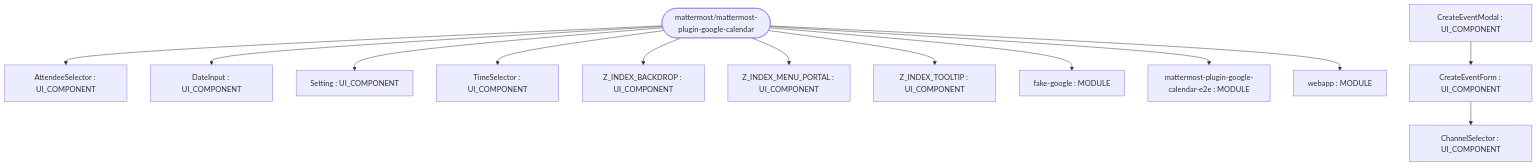
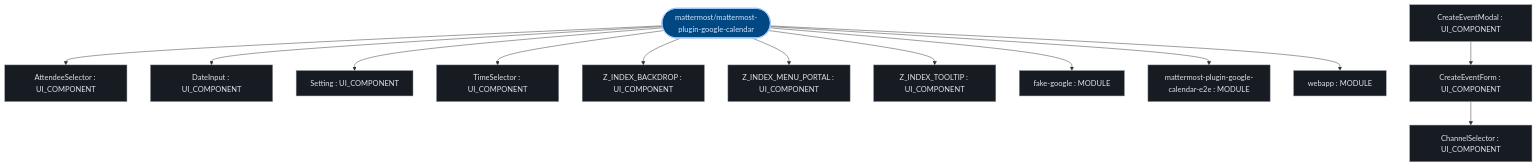
The first of 3 diagrams in exports/latest/reports/mattermost-mattermost-plugin-google-calendar-report.md (kumarshaz/atruss-code-atlas), drawn with Mermaid before and after one commit. The commit also changed other lines of this file and 331 other files, not shown here.

Commit message:
docs,ui,fix: update SDLC docs, reorder CI/CD DAG first, stylize Mermaid, and fix Arc42 pipeline topology

````diff
--- a/exports/latest/reports/mattermost-mattermost-plugin-google-calendar-report.md
+++ b/exports/latest/reports/mattermost-mattermost-plugin-google-calendar-report.md
@@ -42,29 +42,36 @@
 ```mermaid
 graph TD;
-    fake_google["fake-google : MODULE"]
-    mattermost_plugin_google_calendar_e2e["mattermost-plugin-google-calendar-e2e : MODULE"]
-    webapp["webapp : MODULE"]
-    AttendeeSelector["AttendeeSelector : UI_COMPONENT"]
-    ChannelSelector["ChannelSelector : UI_COMPONENT"]
-    DateInput["DateInput : UI_COMPONENT"]
-    Setting["Setting : UI_COMPONENT"]
-    TimeSelector["TimeSelector : UI_COMPONENT"]
-    CreateEventForm["CreateEventForm : UI_COMPONENT"]
-    CreateEventModal["CreateEventModal : UI_COMPONENT"]
-    Z_INDEX_BACKDROP["Z_INDEX_BACKDROP : UI_COMPONENT"]
-    Z_INDEX_TOOLTIP["Z_INDEX_TOOLTIP : UI_COMPONENT"]
-    Z_INDEX_MENU_PORTAL["Z_INDEX_MENU_PORTAL : UI_COMPONENT"]
-    repo_root(["mattermost/mattermost-plugin-google-calendar"])
+  classDef atlasRoot fill:#004882,stroke:#a3c9ff,stroke-width:2px,color:#d3e4ff
+  classDef atlasCategory fill:#212428,stroke:#E87A48,stroke-width:1.5px,color:#dfe3eb
+  classDef atlasWorkflow fill:#1b2026,stroke:#a3c9ff,stroke-width:1.5px,color:#dfe3eb
+  classDef atlasJob fill:#171c22,stroke:#8d9199,stroke-width:1px,color:#dfe3eb
+  classDef atlasTarget fill:#005227,stroke:#8bd99b,stroke-width:1.5px,color:#a7f6b6
+  classDef atlasAlert fill:#93000a,stroke:#ffb4ab,stroke-width:1.5px,color:#ffdad6
+  classDef atlasMore fill:#252a31,stroke:#8d9199,stroke-dasharray:4 4,color:#c3c6cf
+    fake_google["fake-google : MODULE"]:::atlasJob
+    mattermost_plugin_google_calendar_e2e["mattermost-plugin-google-calendar-e2e : MODULE"]:::atlasJob
+    webapp["webapp : MODULE"]:::atlasJob
+    AttendeeSelector["AttendeeSelector : UI_COMPONENT"]:::atlasJob
+    ChannelSelector["ChannelSelector : UI_COMPONENT"]:::atlasJob
+    DateInput["DateInput : UI_COMPONENT"]:::atlasJob
+    Setting["Setting : UI_COMPONENT"]:::atlasJob
+    TimeSelector["TimeSelector : UI_COMPONENT"]:::atlasJob
+    CreateEventForm["CreateEventForm : UI_COMPONENT"]:::atlasJob
+    CreateEventModal["CreateEventModal : UI_COMPONENT"]:::atlasJob
+    Z_INDEX_BACKDROP["Z_INDEX_BACKDROP : UI_COMPONENT"]:::atlasJob
+    Z_INDEX_TOOLTIP["Z_INDEX_TOOLTIP : UI_COMPONENT"]:::atlasJob
+    Z_INDEX_MENU_PORTAL["Z_INDEX_MENU_PORTAL : UI_COMPONENT"]:::atlasJob
+    repo_root(["mattermost/mattermost-plugin-google-calendar"]):::atlasRoot
     repo_root --> AttendeeSelector
     repo_root --> DateInput
     repo_root --> Setting
     repo_root --> TimeSelector
     repo_root --> Z_INDEX_BACKDROP
     repo_root --> Z_INDEX_MENU_PORTAL
     repo_root --> Z_INDEX_TOOLTIP
     repo_root --> fake_google
     repo_root --> mattermost_plugin_google_calendar_e2e
     repo_root --> webapp
     CreateEventForm --> ChannelSelector
     CreateEventModal --> CreateEventForm
 ```
````
